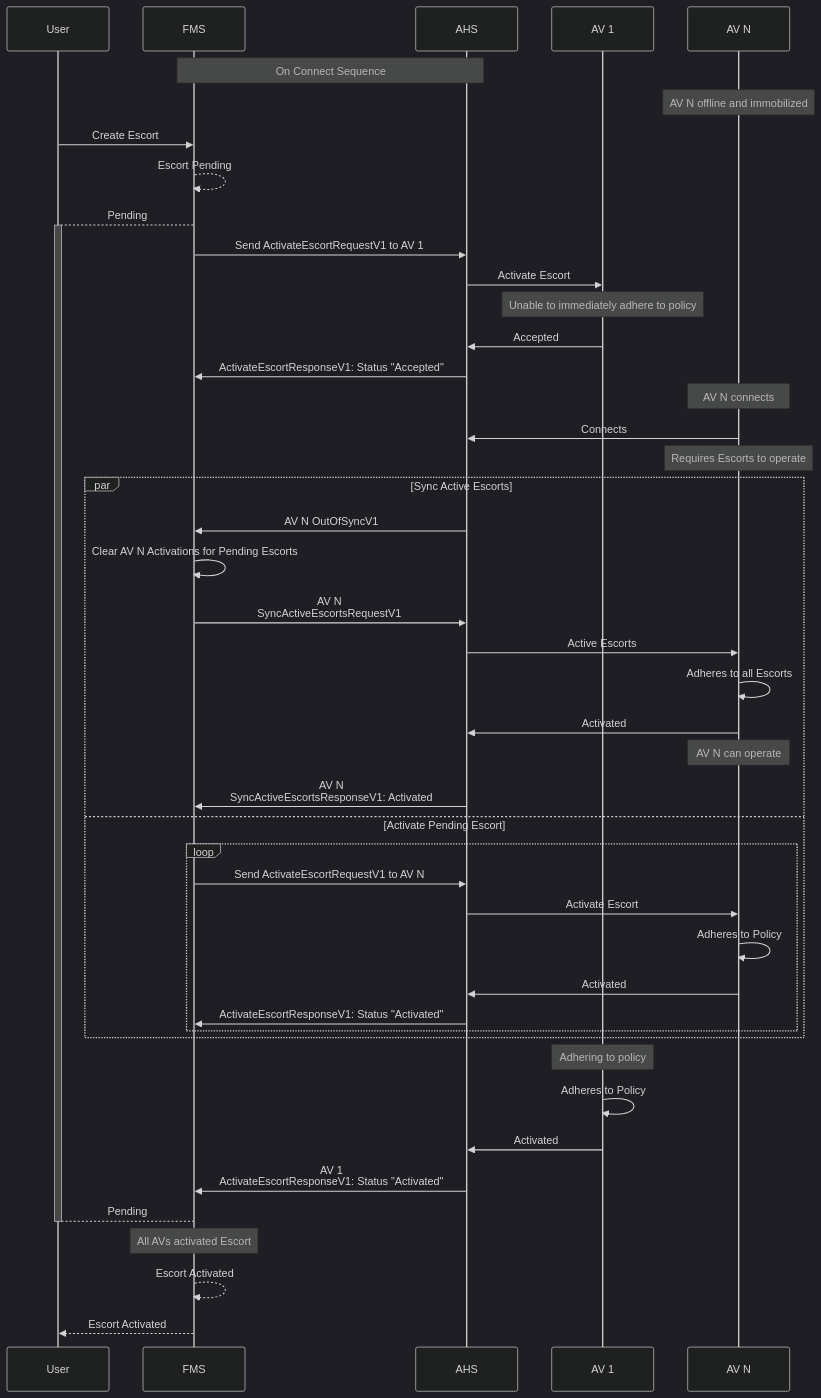
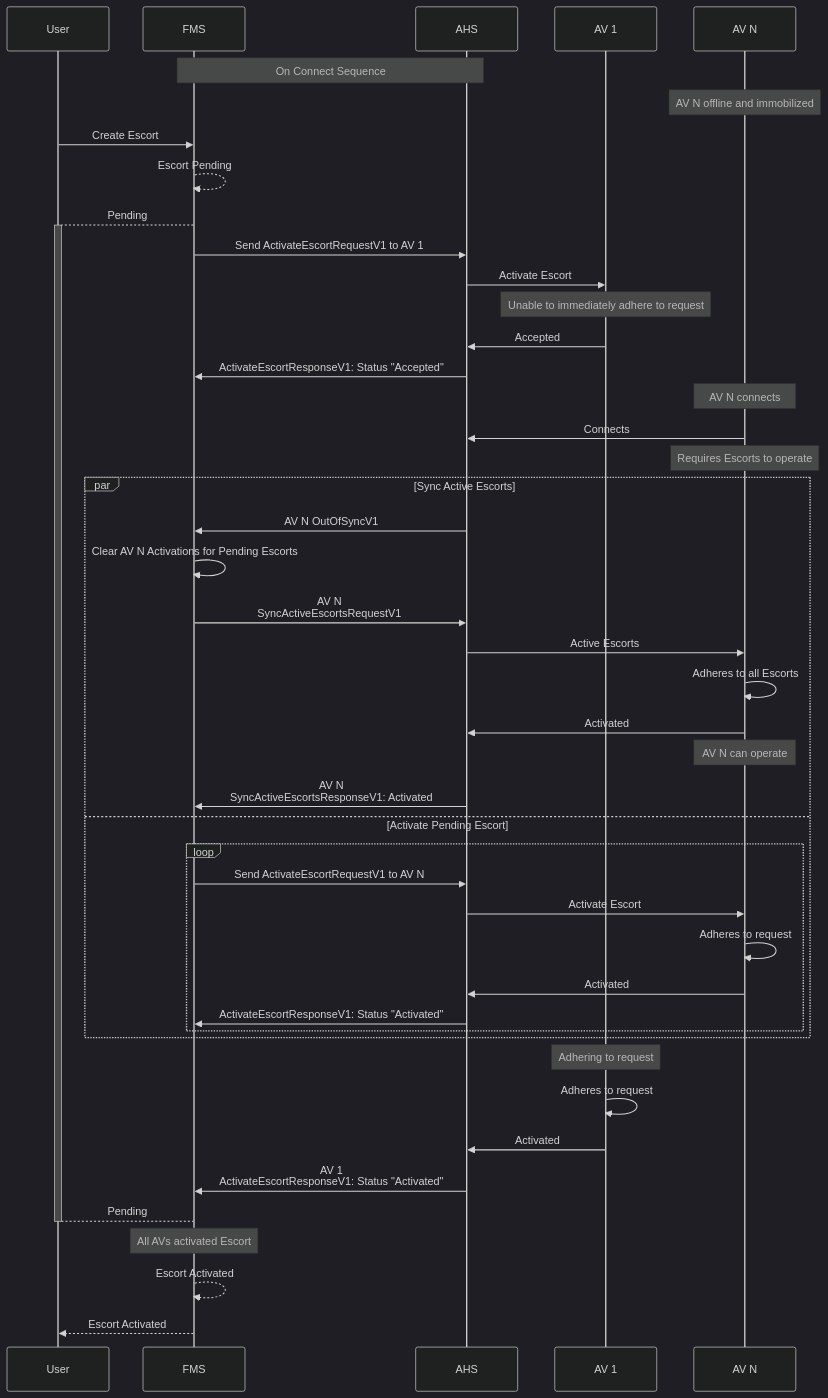
The second of 3 diagrams in diagram/Synchronization.md (open-autonomy/escort), drawn with Mermaid (dark theme) before and after one commit. The commit also changed 7 other files, not shown here.

````diff
--- a/diagram/Synchronization.md
+++ b/diagram/Synchronization.md
@@ -45,61 +45,61 @@
 ```mermaid
 sequenceDiagram
     participant User
     participant FMS
     participant AHS
     participant AV 1
     participant AV N
 
     Note over FMS,AHS: On Connect Sequence
     Note over AV N: AV N offline and immobilized
 
     User->>FMS: Create Escort
     FMS-->>FMS: Escort Pending
     FMS-->+User: Pending
 
     FMS->>AHS: Send ActivateEscortRequestV1 to AV 1
 
     AHS->>AV 1: Activate Escort
-    Note over AV 1: Unable to immediately adhere to policy
+    Note over AV 1: Unable to immediately adhere to request
     AV 1->>AHS: Accepted
     AHS->>FMS: ActivateEscortResponseV1: Status "Accepted"
 
     Note Over AV N: AV N connects
 
     AV N->>AHS: Connects
     Note Over AV N: Requires Escorts to operate
 
     par Sync Active Escorts
         AHS->>FMS: AV N OutOfSyncV1
         FMS->>FMS: Clear AV N Activations for Pending Escorts
 
         FMS->>AHS: AV N <br/> SyncActiveEscortsRequestV1
         AHS->>AV N: Active Escorts
         AV N->>AV N: Adheres to all Escorts
         AV N->>AHS: Activated
         Note over AV N: AV N can operate
 
         AHS->>FMS: AV N <br/> SyncActiveEscortsResponseV1: Activated
     and Activate Pending Escort
         loop
             FMS->>AHS: Send ActivateEscortRequestV1 to AV N
             AHS->>AV N: Activate Escort
-            AV N->>AV N: Adheres to Policy
+            AV N->>AV N: Adheres to request
             AV N->>AHS: Activated
             AHS->>FMS: ActivateEscortResponseV1: Status "Activated"
         end
     end
 
-    Note Over AV 1: Adhering to policy
-    AV 1->>AV 1: Adheres to Policy
+    Note Over AV 1: Adhering to request
+    AV 1->>AV 1: Adheres to request
     AV 1->>AHS: Activated
      AHS->>FMS: AV 1 <br/> ActivateEscortResponseV1: Status "Activated"
 
 
     User-->-FMS: Pending
 
     Note Over FMS: All AVs activated Escort
     FMS-->>FMS: Escort Activated
 
     FMS-->>User: Escort Activated
 ```
````
